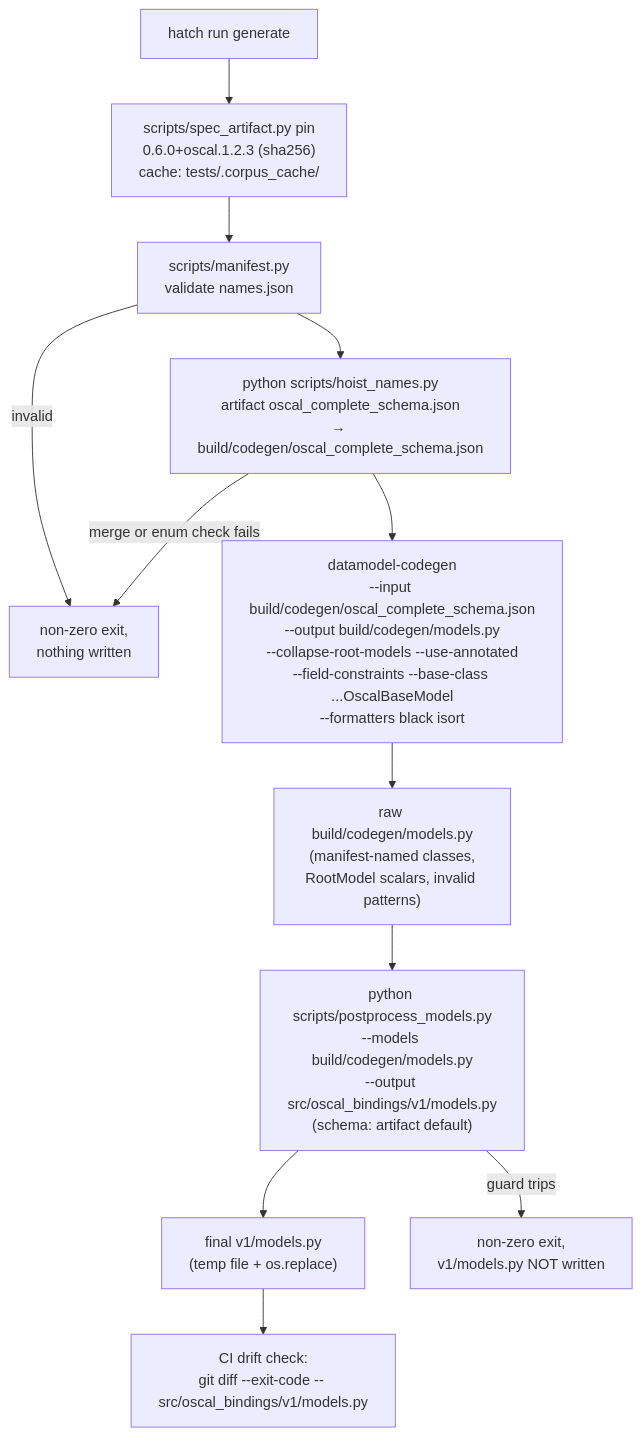
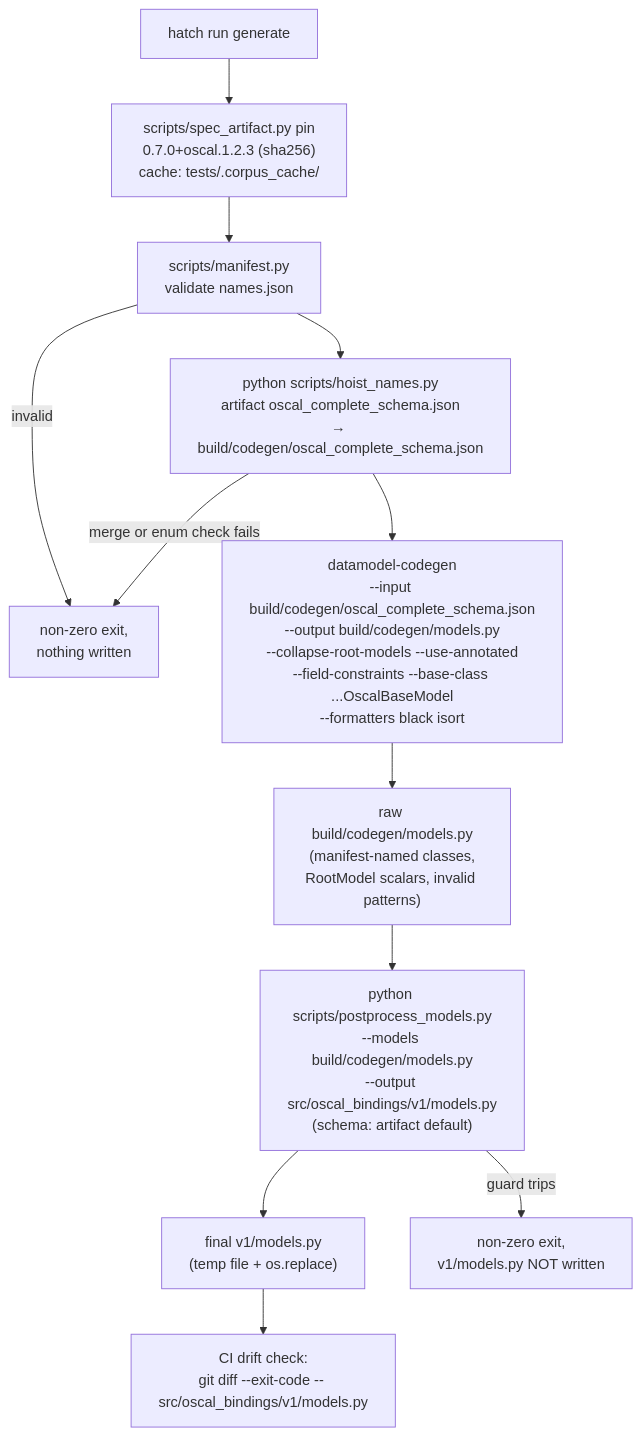
The first of 7 diagrams in .agents/summary/workflows.md (cairn-proofs/oscal-bindings-python), drawn with Mermaid before and after one commit. The commit also changed 18 other files, not shown here.

First line of the commit message:
chore: move the spec artifact pin to 0.7.0+oscal.1.2.3 (#50)

````diff
--- a/.agents/summary/workflows.md
+++ b/.agents/summary/workflows.md
@@ -8,14 +8,14 @@
 ```mermaid
 flowchart TD
-    A["hatch run generate"] --> P["scripts/spec_artifact.py pin<br/>0.6.0+oscal.1.2.3 (sha256)<br/>cache: tests/.corpus_cache/"]
+    A["hatch run generate"] --> P["scripts/spec_artifact.py pin<br/>0.7.0+oscal.1.2.3 (sha256)<br/>cache: tests/.corpus_cache/"]
     P --> M["scripts/manifest.py<br/>validate names.json"]
     M -->|"invalid"| X["non-zero exit,<br/>nothing written"]
     M --> H["python scripts/hoist_names.py<br/>artifact oscal_complete_schema.json<br/>→ build/codegen/oscal_complete_schema.json"]
     H -->|"merge or enum check fails"| X
     H --> B["datamodel-codegen<br/>--input build/codegen/oscal_complete_schema.json<br/>--output build/codegen/models.py<br/>--collapse-root-models --use-annotated<br/>--field-constraints --base-class ...OscalBaseModel<br/>--formatters black isort"]
     B --> C["raw build/codegen/models.py<br/>(manifest-named classes,<br/>RootModel scalars, invalid patterns)"]
     C --> D["python scripts/postprocess_models.py<br/>--models build/codegen/models.py<br/>--output src/oscal_bindings/v1/models.py<br/>(schema: artifact default)"]
     D --> E["final v1/models.py<br/>(temp file + os.replace)"]
     E --> G["CI drift check:<br/>git diff --exit-code -- src/oscal_bindings/v1/models.py"]
     D -->|"guard trips"| F["non-zero exit,<br/>v1/models.py NOT written"]
 ```
````
